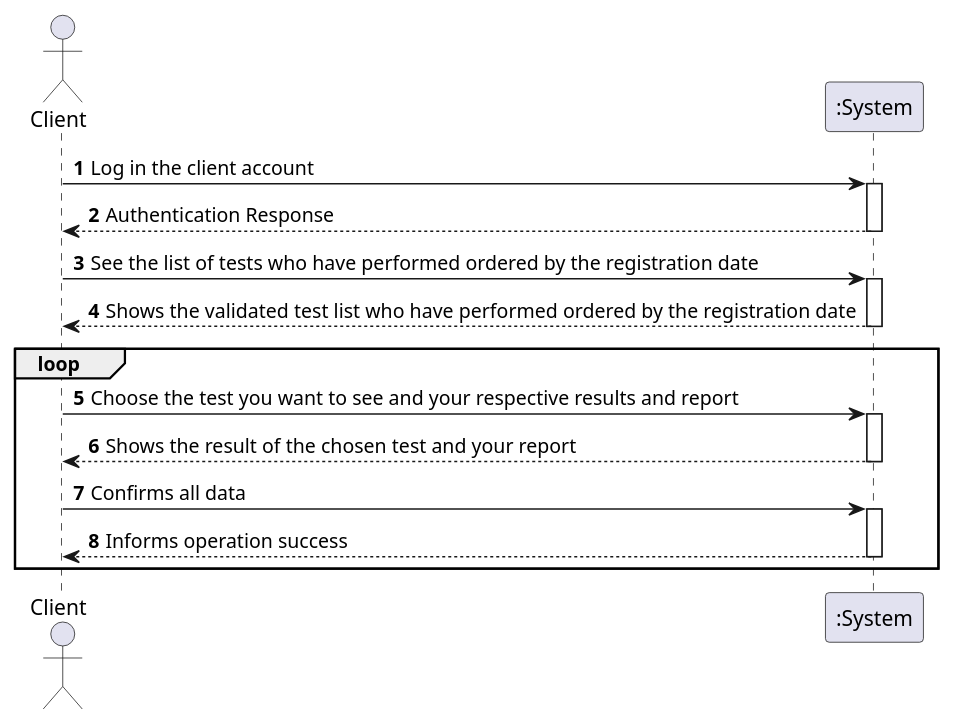
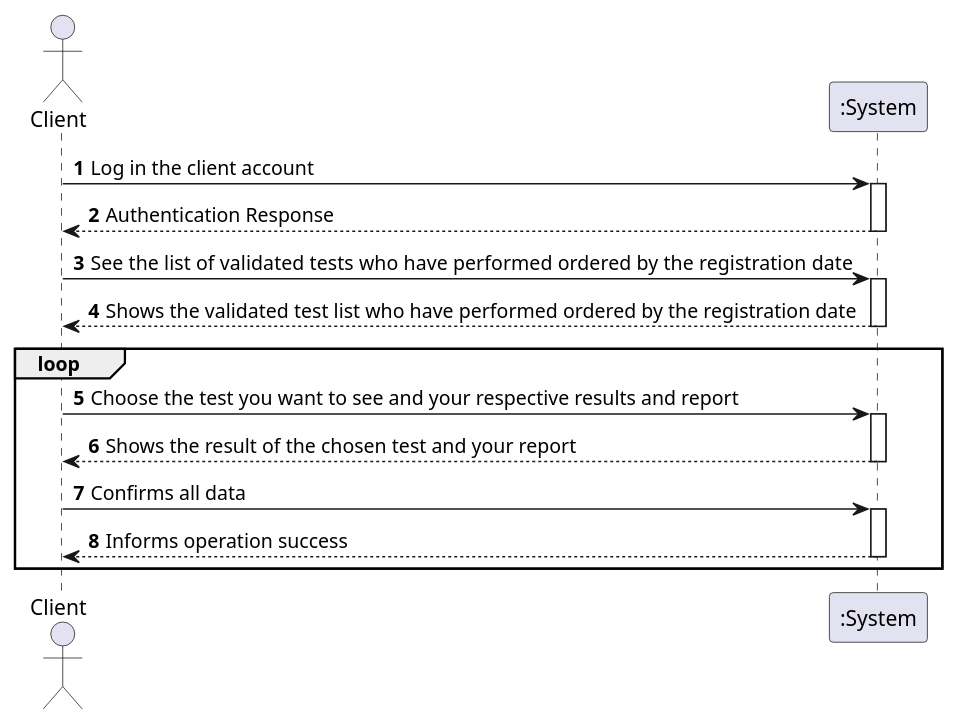
One commit to GuilhermeCunha79/lapr2 changed the diagram in docs/SprintD/US1/US1_SSD.puml. Above: the diagram before and after it, drawn with PlantUML. The commit also changed 3 other files, not shown here.

```diff
--- a/docs/SprintD/US1/US1_SSD.puml
+++ b/docs/SprintD/US1/US1_SSD.puml
@@ -1,29 +1,29 @@
 @startuml
 autonumber
 'hide footbox
 actor "Client" as CLIENT
 
 participant ":System" as SYSTEM
 
 CLIENT -> SYSTEM : Log in the client account
 activate SYSTEM
 
 SYSTEM --> CLIENT : Authentication Response
 deactivate SYSTEM
 
-CLIENT -> SYSTEM : See the list of tests who have performed ordered by the registration date
+CLIENT -> SYSTEM : See the list of  validated tests who have performed ordered by the registration date
 activate SYSTEM
 SYSTEM --> CLIENT : Shows the validated test list who have performed ordered by the registration date
 deactivate SYSTEM
 loop
 CLIENT -> SYSTEM : Choose the test you want to see and your respective results and report
 activate SYSTEM
 SYSTEM --> CLIENT : Shows the result of the chosen test and your report
 deactivate SYSTEM
 CLIENT -> SYSTEM : Confirms all data
 activate SYSTEM
 SYSTEM --> CLIENT : Informs operation success
 deactivate SYSTEM
 end
 
 @enduml
```
